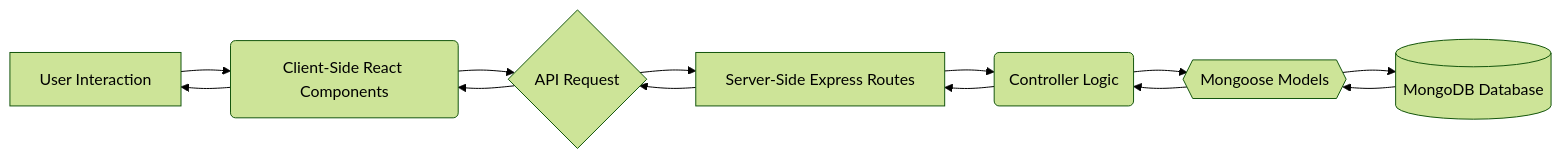
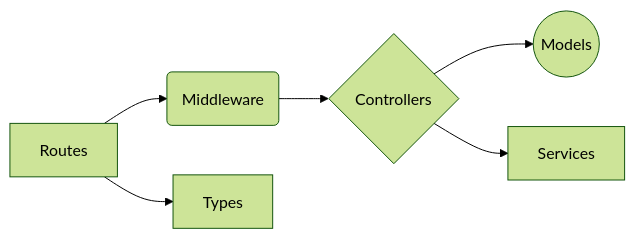
One commit to sreecharan-desu/reXa changed the sixth of 12 diagrams in README.md. Above: the diagram before and after it, drawn with Mermaid (forest theme). The commit also changed other lines of this file, not shown here.

````diff
--- a/README.md
+++ b/README.md
@@ -1532,15 +1006,8 @@
 ```mermaid
 graph LR
-    A[User Interaction] --> B(Client-Side React Components);
-    B --> C{API Request};
-    C --> D[Server-Side Express Routes];
-    D --> E(Controller Logic);
-    E --> F{{Mongoose Models}};
-    F --> G[(MongoDB Database)];
-    G --> F;
-    F --> E;
-    E --> D;
-    D --> C;
-    C --> B;
-    B --> A;
+    A[Routes] --> B(Middleware)
+    B --> C{Controllers}
+    C --> D((Models))
+    C --> E[Services]
+    A --> F[Types]
 ```
````
